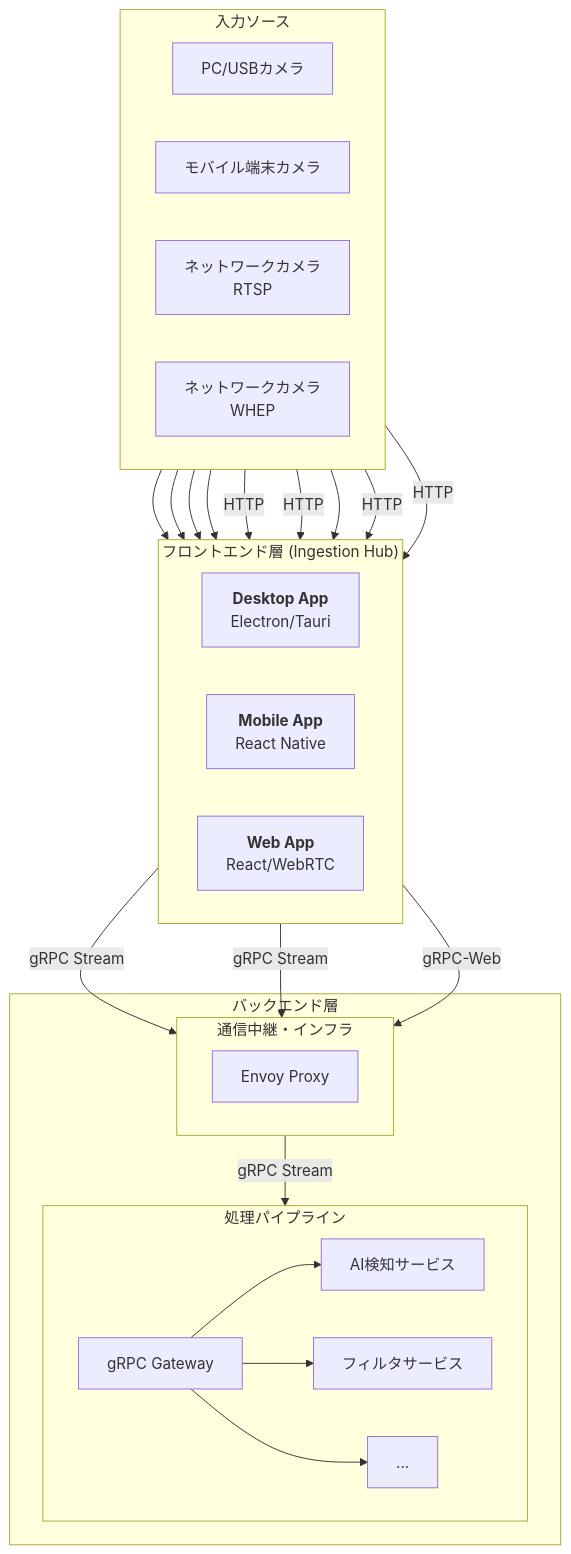
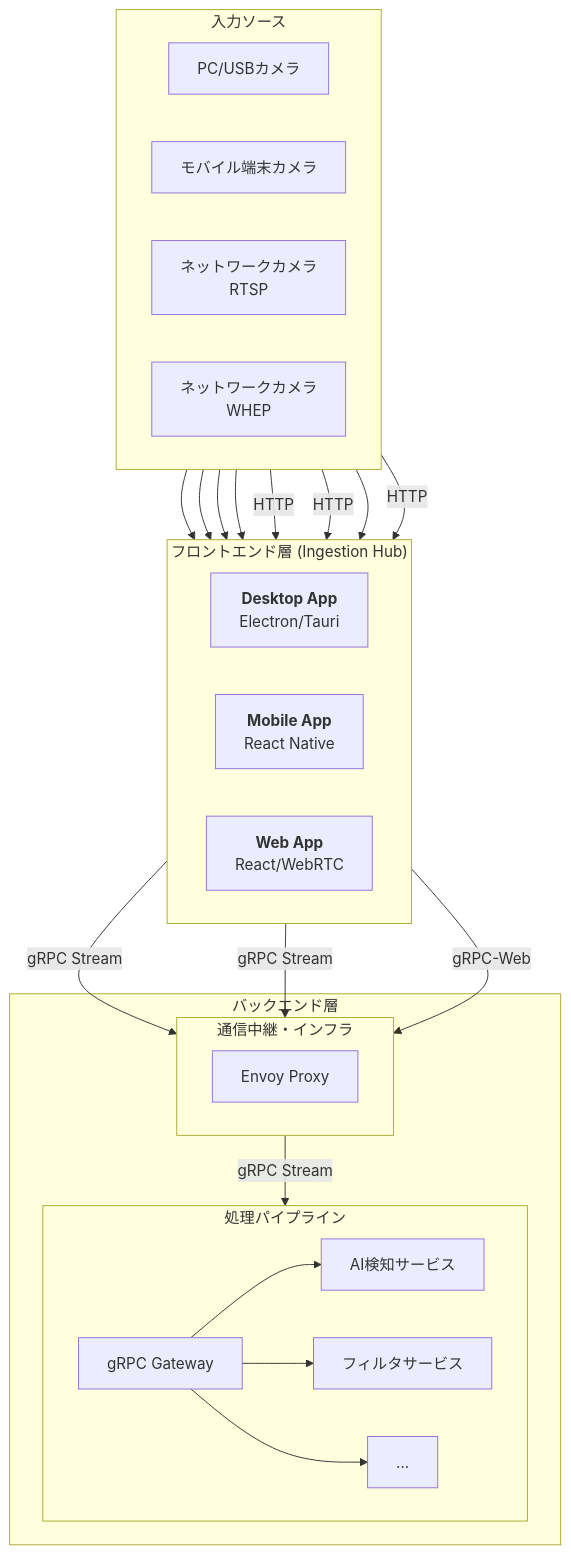
The diagram in docs/0300_設計_アプローチ1/0310_リアルタイム処理設計.md (daichiTAAA/ImageFlowCanvas), drawn with Mermaid before and after one commit.

Commit message:
RTSPカメラはWebアプリに接続しないようにした

````diff
--- a/docs/0300_設計_アプローチ1/0310_リアルタイム処理設計.md
+++ b/docs/0300_設計_アプローチ1/0310_リアルタイム処理設計.md
@@ -17,47 +17,46 @@
 ```mermaid
 flowchart TD
     subgraph "入力ソース"  
         direction LR  
         LocalCam[PC/USBカメラ]  
         MobileCam[モバイル端末カメラ]  
         RTSPCam[ネットワークカメラ<br/>RTSP]  
         WHEPCam[ネットワークカメラ<br/>WHEP]  
     end
 
     subgraph "フロントエンド層 (Ingestion Hub)"  
         direction LR  
         DesktopApp[<b>Desktop App</b><br/>Electron/Tauri]  
         MobileApp[<b>Mobile App</b><br/>React Native]  
         WebApp[<b>Web App</b><br/>React/WebRTC]  
     end
 
     subgraph "バックエンド層"  
         subgraph "通信中継・インフラ"  
             direction LR  
             Envoy[Envoy Proxy]  
         end  
         subgraph "処理パイプライン"  
             direction LR  
             gRPCGateway[gRPC Gateway]  
             AIService[AI検知サービス]  
             FilterService[フィルタサービス]  
             etc[...]  
         end  
     end
 
     %% Flows  
     LocalCam --> DesktopApp  
     MobileCam --> MobileApp  
     RTSPCam --> DesktopApp & MobileApp  
     WHEPCam -->|HTTP| DesktopApp & MobileApp  
     LocalCam --> WebApp  
     WHEPCam -->|HTTP| WebApp
-    RTSPCam -->|HTTP| WebApp
 
     DesktopApp -->|gRPC Stream| Envoy  
     MobileApp -->|gRPC Stream| Envoy  
     WebApp -->|gRPC-Web| Envoy  
       
     Envoy -->|gRPC Stream| gRPCGateway  
     gRPCGateway --> AIService & FilterService & etc
 ```
````
